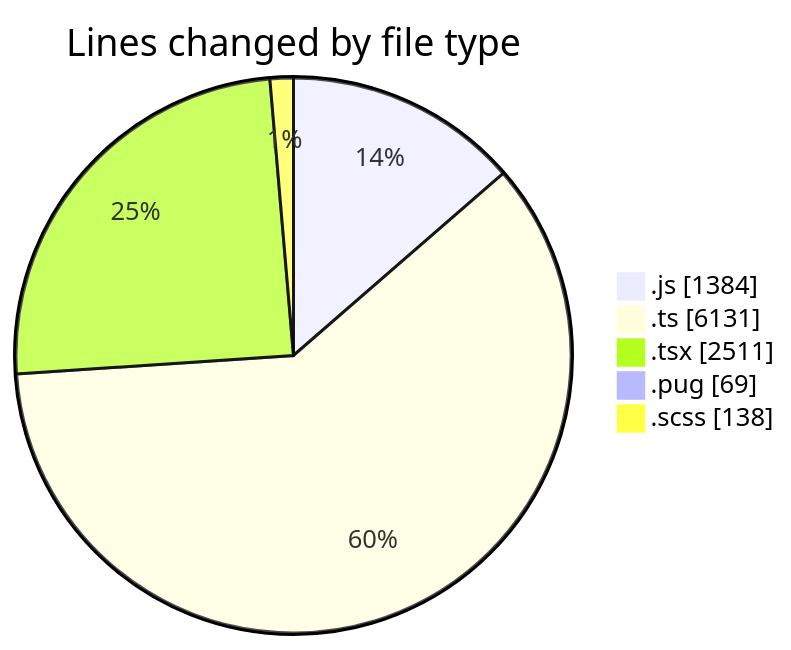
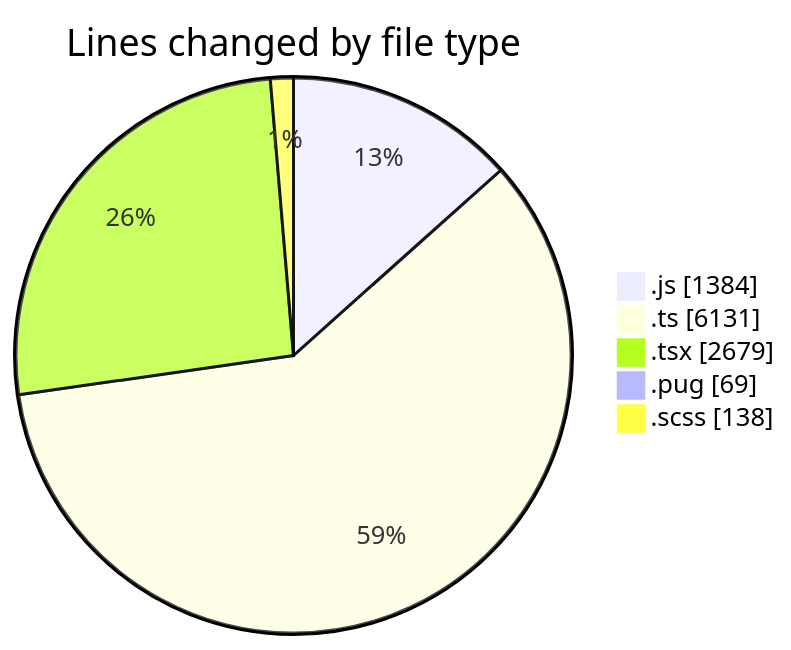
Before and after one commit to momahboobian/code-tracking: the first of 2 diagrams in 2025-03-25/cda/README.md, drawn with Mermaid. The commit also changed other lines of this file and 1 other file, not shown here.

````diff
--- a/2025-03-25/cda/README.md
+++ b/2025-03-25/cda/README.md
@@ -39,9 +39,9 @@
 ```mermaid
 pie showData
 title Lines changed by file type
 ".js" : 1384
 ".ts" : 6131
-".tsx" : 2511
+".tsx" : 2679
 ".pug" : 69
 ".scss" : 138
 ```
````
